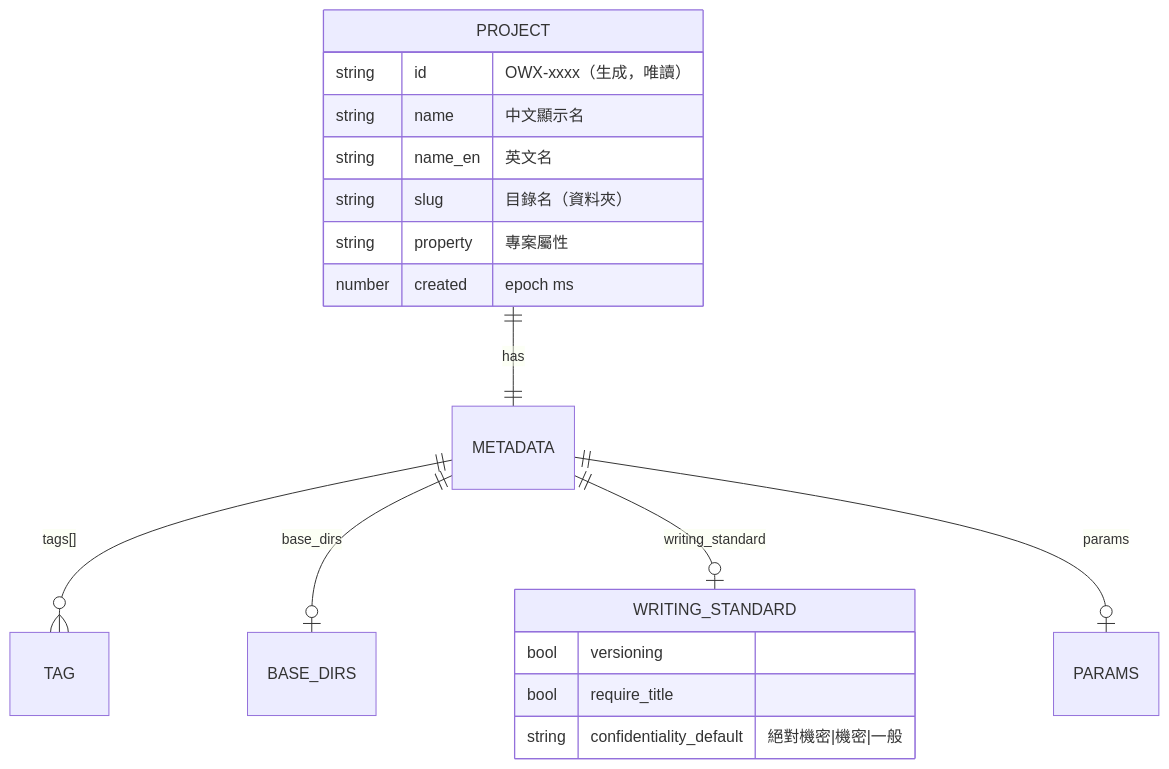
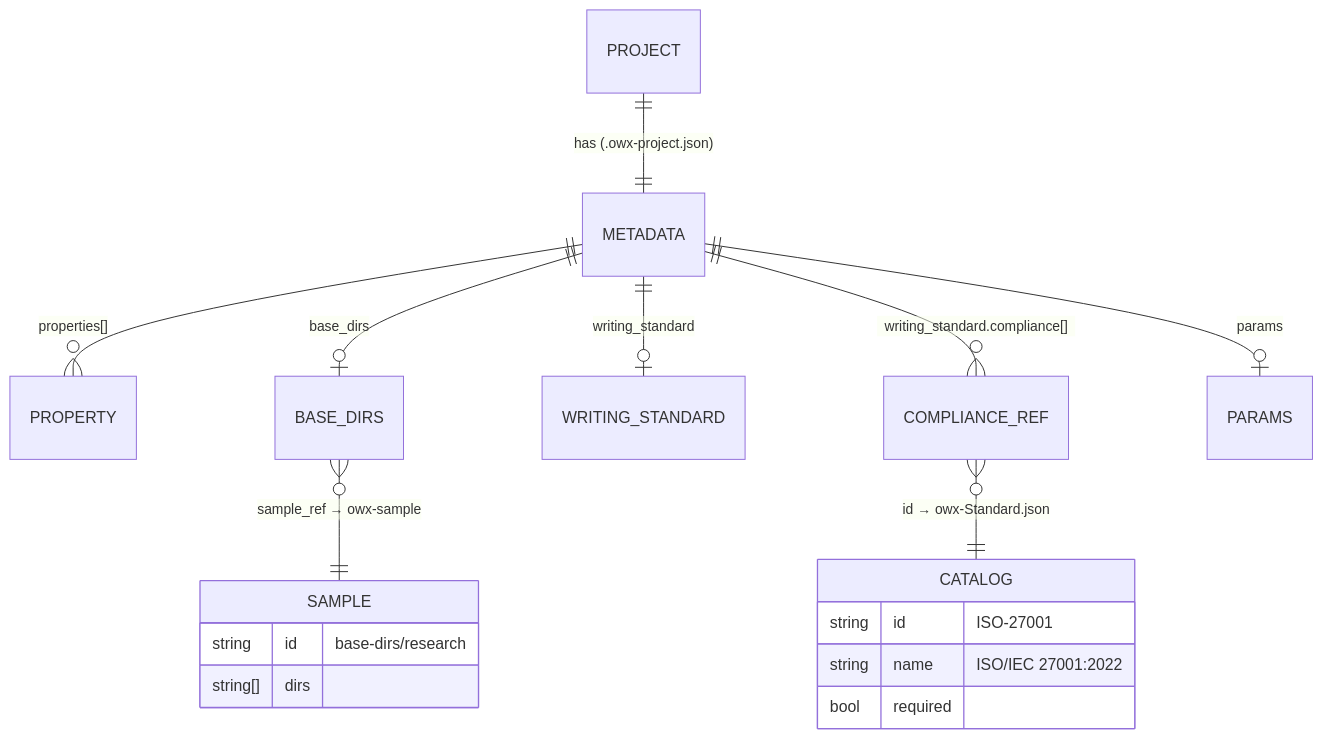
Before and after one commit to DanielChung520/owx: the first of 3 diagrams in docs/spec/project-properties-requirements.md, drawn with Mermaid. The commit also changed other lines of this file and 10 other files, not shown here.

````diff
--- a/docs/spec/project-properties-requirements.md
+++ b/docs/spec/project-properties-requirements.md
@@ -97,21 +112,20 @@
 ```mermaid
 erDiagram
-    PROJECT ||--|| METADATA : "has"
-    METADATA ||--o{ TAG : "tags[]"
+    PROJECT ||--|| METADATA : "has (.owx-project.json)"
+    METADATA ||--o{ PROPERTY : "properties[]"
     METADATA ||--o| BASE_DIRS : "base_dirs"
     METADATA ||--o| WRITING_STANDARD : "writing_standard"
+    METADATA ||--o{ COMPLIANCE_REF : "writing_standard.compliance[]"
     METADATA ||--o| PARAMS : "params"
-    PROJECT {
-        string id "OWX-xxxx（生成，唯讀）"
-        string name "中文顯示名"
-        string name_en "英文名"
-        string slug "目錄名（資料夾）"
-        string property "專案屬性"
-        number created "epoch ms"
+    BASE_DIRS }o--|| SAMPLE : "sample_ref → owx-sample"
+    COMPLIANCE_REF }o--|| CATALOG : "id → owx-Standard.json"
+    SAMPLE {
+        string id "base-dirs/research"
+        string[] dirs
     }
-    WRITING_STANDARD {
-        bool versioning
-        bool require_title
-        string confidentiality_default "絕對機密|機密|一般"
+    CATALOG {
+        string id "ISO-27001"
+        string name "ISO/IEC 27001:2022"
+        bool required
     }
 ```
````
